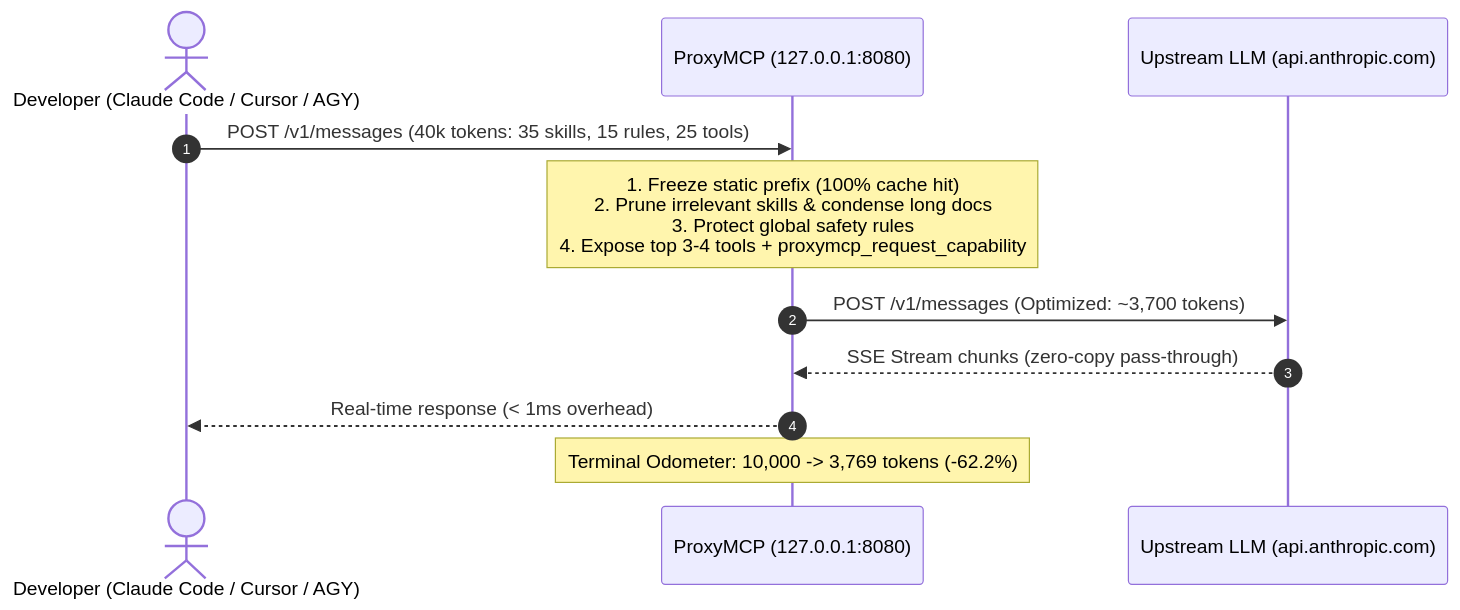
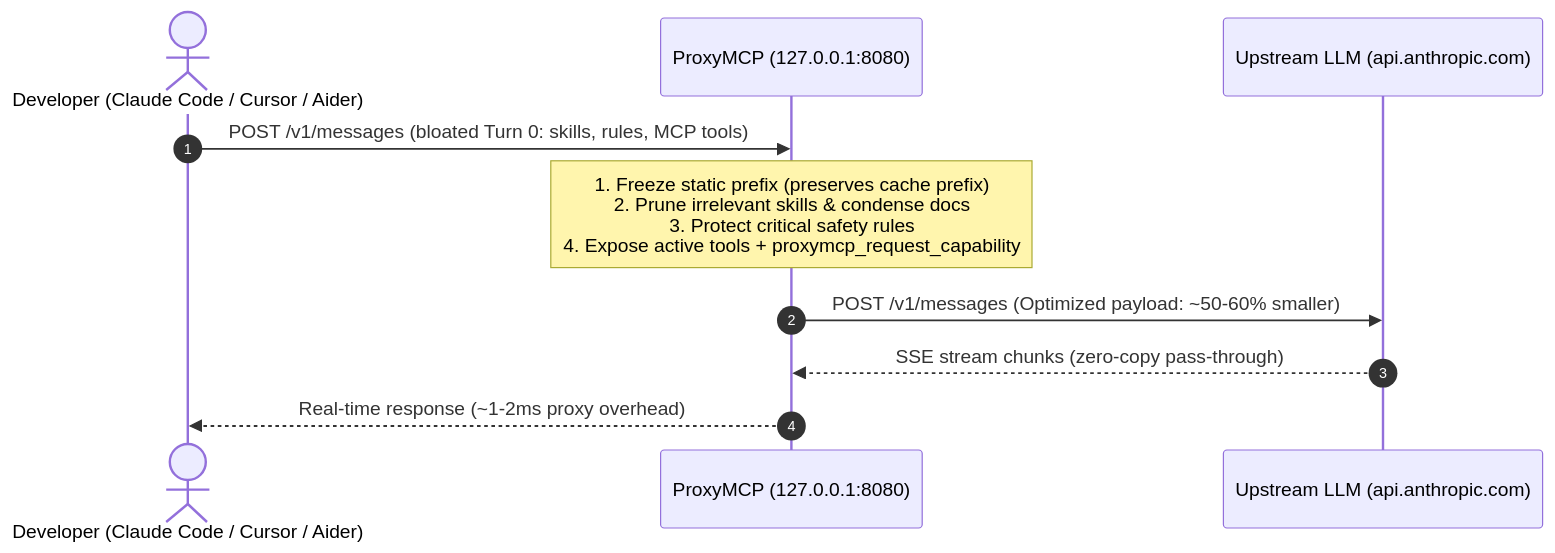
One commit to Edoardobanks/proxymcp changed the diagram in README.md. Above: the diagram before and after it, drawn with Mermaid. The commit also changed other lines of this file and 3 other files, not shown here.

````diff
--- a/README.md
+++ b/README.md
@@ -35,14 +38,13 @@
 ```mermaid
 sequenceDiagram
     autonumber
-    actor Dev as Developer (Claude Code / Cursor / AGY)
+    actor Dev as Developer (Claude Code / Cursor / Aider)
     participant Proxy as ProxyMCP (127.0.0.1:8080)
     participant Upstream as Upstream LLM (api.anthropic.com)
 
-    Dev->>Proxy: POST /v1/messages (40k tokens: 35 skills, 15 rules, 25 tools)
-    Note over Proxy: 1. Freeze static prefix (100% cache hit)<br/>2. Prune irrelevant skills & condense long docs<br/>3. Protect global safety rules<br/>4. Expose top 3-4 tools + proxymcp_request_capability
-    Proxy->>Upstream: POST /v1/messages (Optimized: ~3,700 tokens)
-    Upstream-->>Proxy: SSE Stream chunks (zero-copy pass-through)
-    Proxy-->>Dev: Real-time response (< 1ms overhead)
-    Note over Proxy: Terminal Odometer: 10,000 -> 3,769 tokens (-62.2%)
+    Dev->>Proxy: POST /v1/messages (bloated Turn 0: skills, rules, MCP tools)
+    Note over Proxy: 1. Freeze static prefix (preserves cache prefix)<br/>2. Prune irrelevant skills & condense docs<br/>3. Protect critical safety rules<br/>4. Expose active tools + proxymcp_request_capability
+    Proxy->>Upstream: POST /v1/messages (Optimized payload: ~50-60% smaller)
+    Upstream-->>Proxy: SSE stream chunks (zero-copy pass-through)
+    Proxy-->>Dev: Real-time response (~1-2ms proxy overhead)
 ```
````
